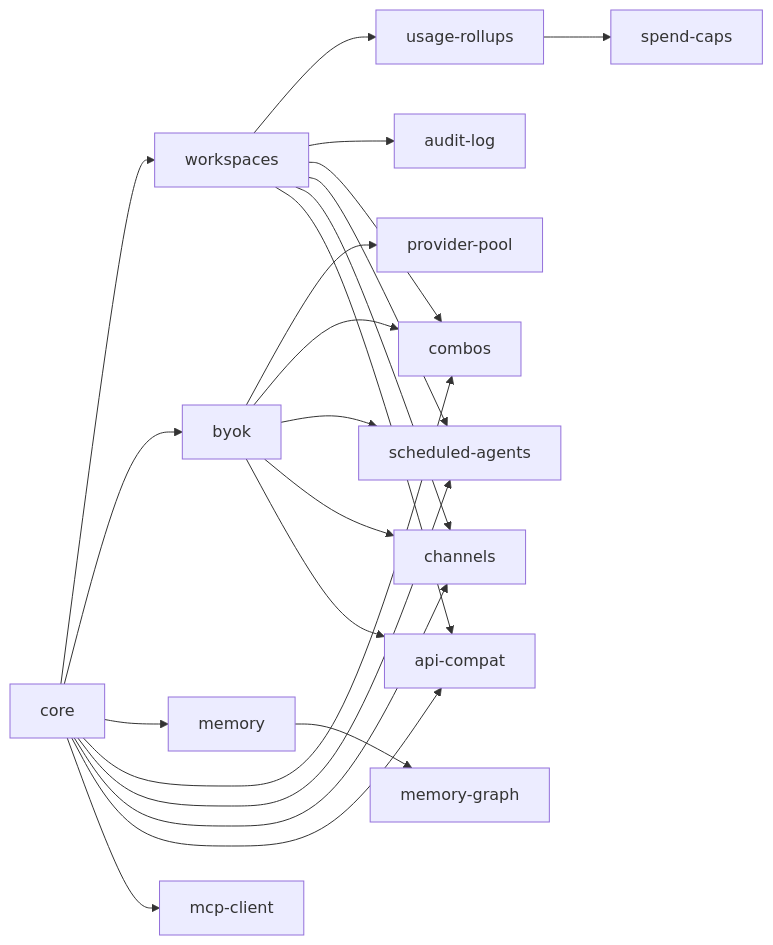
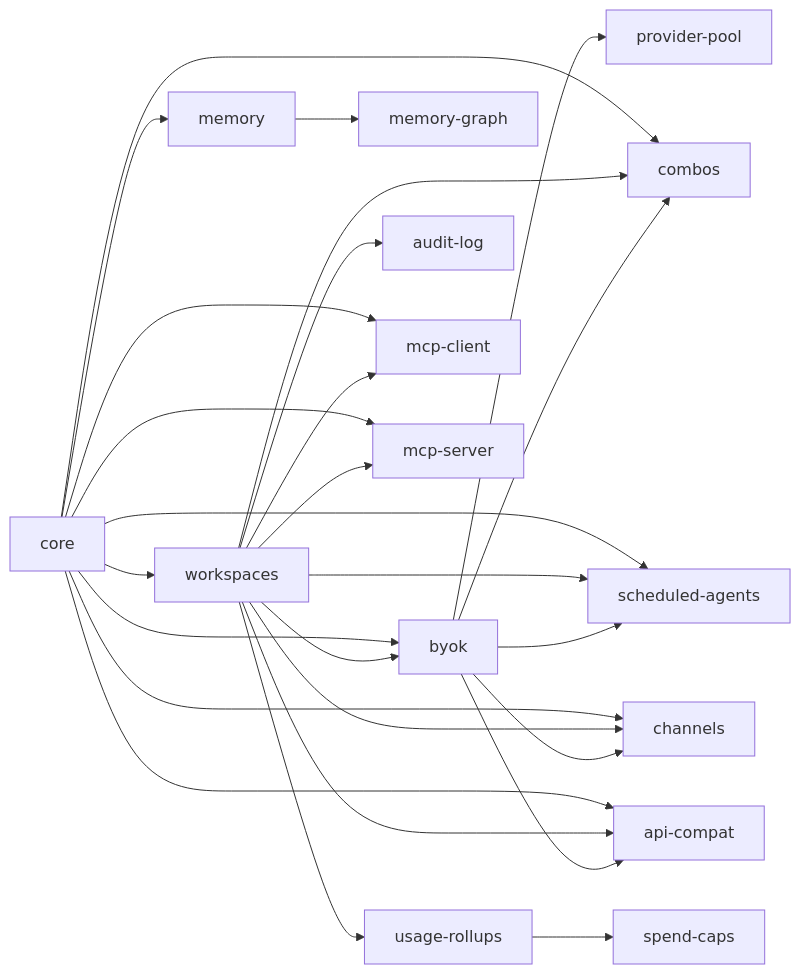
The diagram in docs/features/README.md (rahmanef63/models-rahmanef-com), drawn with Mermaid before and after one commit. The commit also changed other lines of this file and 37 other files, not shown here.

````diff
--- a/docs/features/README.md
+++ b/docs/features/README.md
@@ -95,24 +97,28 @@
 ```mermaid
 graph LR
   core --> workspaces
   core --> byok
+  workspaces --> byok
   core --> memory
   byok --> provider-pool
   memory --> memory-graph
   workspaces --> usage-rollups
   usage-rollups --> spend-caps
   workspaces --> audit-log
   core --> combos
   workspaces --> combos
   byok --> combos
   core --> scheduled-agents
   workspaces --> scheduled-agents
   byok --> scheduled-agents
   core --> channels
   workspaces --> channels
   byok --> channels
   core --> api-compat
   workspaces --> api-compat
   byok --> api-compat
   core --> mcp-client
+  workspaces --> mcp-client
+  core --> mcp-server
+  workspaces --> mcp-server
 ```
````
